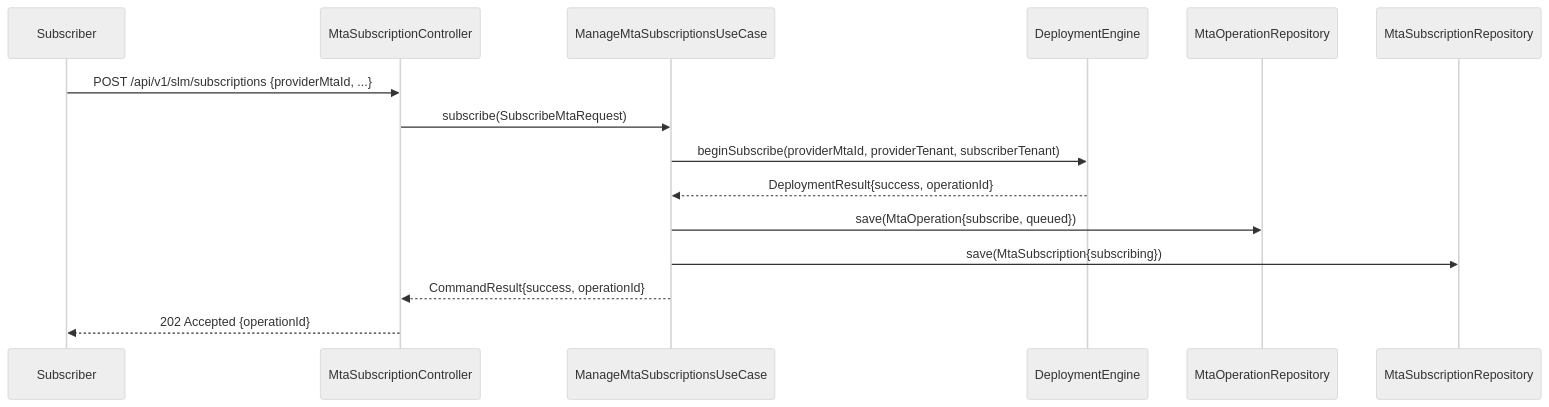
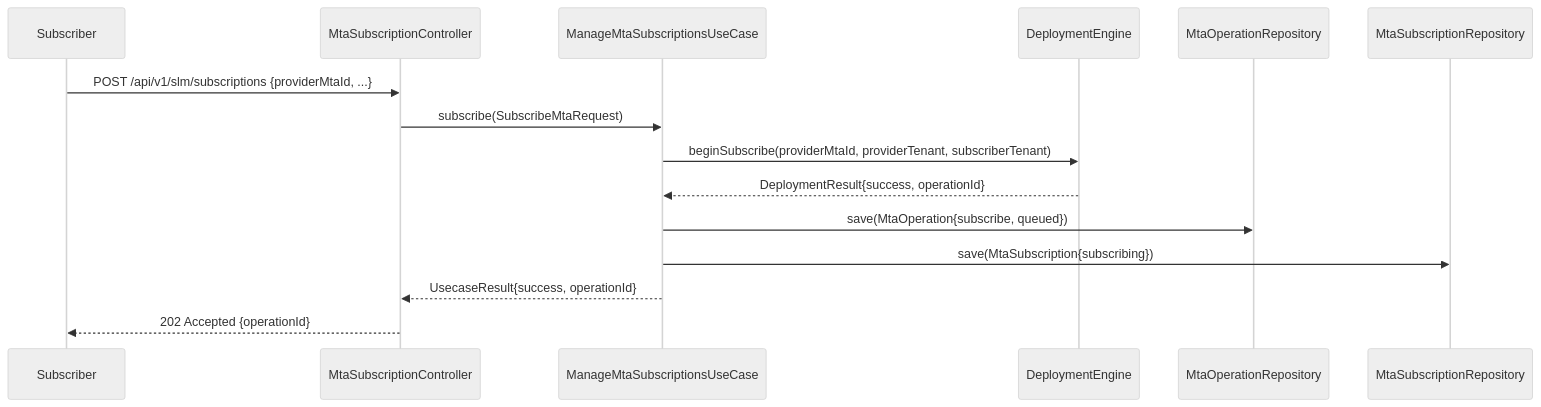
The fourth of 7 diagrams in solution-lifecycle/UML.md (UIMSolutions/uim-platform), drawn with Mermaid (neutral theme) before and after one commit. The commit also changed other lines of this file and 907 other files, not shown here.

Commit message:
Rename CommandResult

````diff
--- a/solution-lifecycle/UML.md
+++ b/solution-lifecycle/UML.md
@@ -237,18 +237,18 @@
 ```mermaid
 sequenceDiagram
     participant Subscriber
     participant MtaSubscriptionController
     participant ManageMtaSubscriptionsUseCase
     participant DeploymentEngine
     participant MtaOperationRepository
     participant MtaSubscriptionRepository
 
     Subscriber->>MtaSubscriptionController: POST /api/v1/slm/subscriptions {providerMtaId, ...}
     MtaSubscriptionController->>ManageMtaSubscriptionsUseCase: subscribe(SubscribeMtaRequest)
     ManageMtaSubscriptionsUseCase->>DeploymentEngine: beginSubscribe(providerMtaId, providerTenant, subscriberTenant)
     DeploymentEngine-->>ManageMtaSubscriptionsUseCase: DeploymentResult{success, operationId}
     ManageMtaSubscriptionsUseCase->>MtaOperationRepository: save(MtaOperation{subscribe, queued})
     ManageMtaSubscriptionsUseCase->>MtaSubscriptionRepository: save(MtaSubscription{subscribing})
-    ManageMtaSubscriptionsUseCase-->>MtaSubscriptionController: CommandResult{success, operationId}
+    ManageMtaSubscriptionsUseCase-->>MtaSubscriptionController: UsecaseResult{success, operationId}
     MtaSubscriptionController-->>Subscriber: 202 Accepted {operationId}
 ```
````
